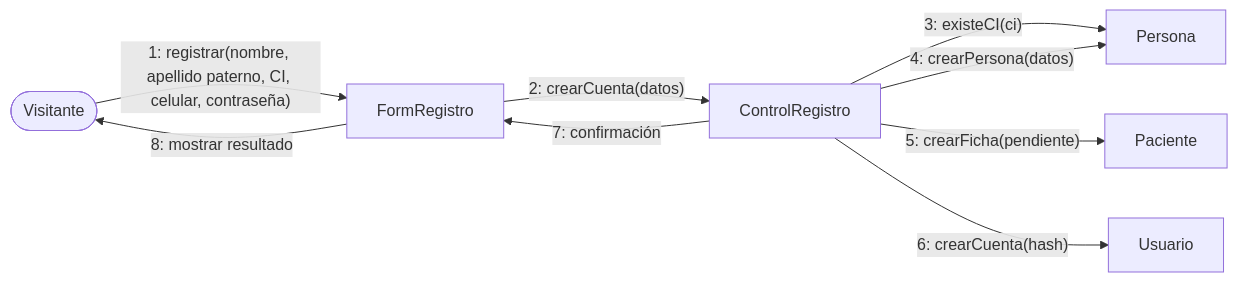
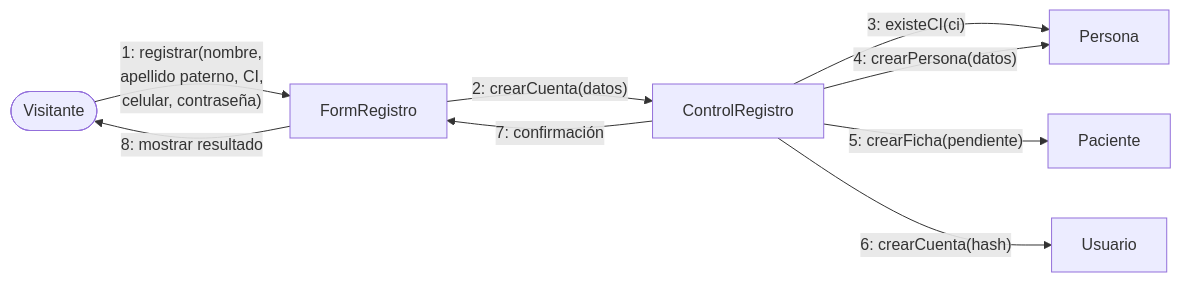
Before and after one commit to Einarpd26/2do-examen-ing-requisitos: the sixth of 15 diagrams in documento/Informe-Final.md, drawn with Mermaid. The commit also changed other lines of this file, not shown here.

Commit message:
docs(diagramas): corregir etiquetas cortadas y saltos de linea en los diagramas Mermaid y ajustar el ancho de los de secuencia

````diff
--- a/documento/Informe-Final.md
+++ b/documento/Informe-Final.md
@@ -910,11 +913,11 @@
 ```mermaid
 flowchart LR
-    V([Visitante]) -- "1: registrar(nombre, apellido paterno, CI, celular, contraseña)" --> B[FormRegistro]
+    V([Visitante]) -- "1: registrar(nombre,<br/>apellido paterno, CI,<br/>celular, contraseña)" --> B[FormRegistro]
     B -- "2: crearCuenta(datos)" --> C[ControlRegistro]
     C -- "3: existeCI(ci)" --> P[Persona]
     C -- "4: crearPersona(datos)" --> P
     C -- "5: crearFicha(pendiente)" --> F[Paciente]
     C -- "6: crearCuenta(hash)" --> E[Usuario]
     C -- "7: confirmación" --> B
     B -- "8: mostrar resultado" --> V
 ```
````
